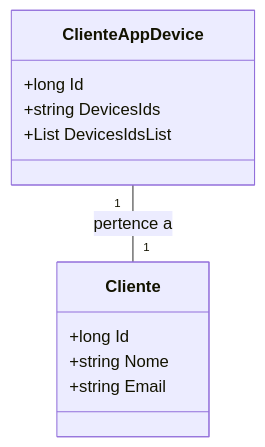
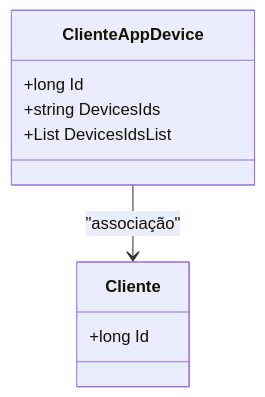
One commit to IsthmusSistemas/documentacao-tecnica changed the second of 2 diagrams in docs/b2b-dominio/IsthmusWinthor.Nucleo/IsthmusWinthor.Dominio/Entidades/ClienteAppDevice.md. Above: the diagram before and after it, drawn with Mermaid. The commit also changed other lines of this file and 882 other files, not shown here.

````diff
--- a/docs/b2b-dominio/IsthmusWinthor.Nucleo/IsthmusWinthor.Dominio/Entidades/ClienteAppDevice.md
+++ b/docs/b2b-dominio/IsthmusWinthor.Nucleo/IsthmusWinthor.Dominio/Entidades/ClienteAppDevice.md
@@ -39,16 +46,12 @@
 ```mermaid
 classDiagram
     class ClienteAppDevice {
         +long Id
         +string DevicesIds
         +List<string> DevicesIdsList
     }
-
     class Cliente {
         +long Id
-        +string Nome
-        +string Email
     }
-
-    ClienteAppDevice "1" -- "1" Cliente : pertence a
-``` 
+    ClienteAppDevice --> Cliente : "associação"
+```
````
